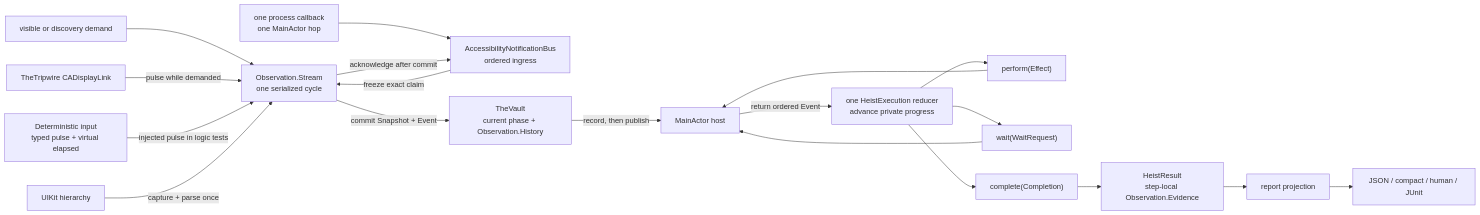
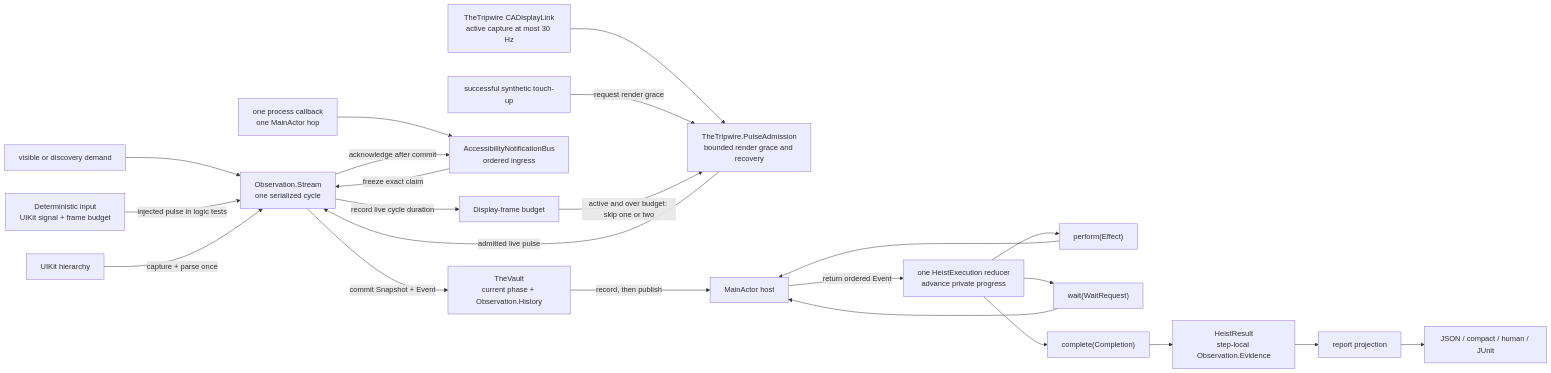
The first of 2 diagrams in docs/diagrams/observation-pipeline.md (TheButtonHeist/TheButtonHeist), drawn with Mermaid before and after one commit. The commit also changed other lines of this file and 34 other files, not shown here.

````diff
--- a/docs/diagrams/observation-pipeline.md
+++ b/docs/diagrams/observation-pipeline.md
@@ -9,21 +9,25 @@
 ```mermaid
 flowchart LR
     Demand["visible or discovery demand"] --> Stream["Observation.Stream<br/>one serialized cycle"]
-    Link["TheTripwire CADisplayLink"] -->|"pulse while demanded"| Stream
-    Script["Deterministic input<br/>typed pulse + virtual elapsed"] -->|"injected pulse in logic tests"| Stream
+    Link["TheTripwire CADisplayLink<br/>active capture at most 30 Hz"] --> Admission["TheTripwire.PulseAdmission<br/>bounded render grace and recovery"]
+    Touch["successful synthetic touch-up"] -->|"request render grace"| Admission
+    Admission -->|"admitted live pulse"| Stream
+    Script["Deterministic input<br/>UIKit signal + frame budget"] -->|"injected pulse in logic tests"| Stream
     Callback["one process callback<br/>one MainActor hop"] --> Notice
     Notice["AccessibilityNotificationBus<br/>ordered ingress"] -->|"freeze exact claim"| Stream
     UIKit["UIKit hierarchy"] -->|"capture + parse once"| Stream
     Stream -->|"commit Snapshot + Event"| Vault["TheVault<br/>current phase + Observation.History"]
     Vault -->|"record, then publish"| Host["MainActor host"]
     Host -->|"return ordered Event"| Execution["one HeistExecution reducer<br/>advance private progress"]
     Execution --> Perform["perform(Effect)"]
     Execution --> Wait["wait(WaitRequest)"]
     Execution --> Complete["complete(Completion)"]
     Perform --> Host
     Wait --> Host
     Complete --> Result["HeistResult<br/>step-local Observation.Evidence"]
     Result --> Report["report projection"]
     Report --> Render["JSON / compact / human / JUnit"]
+    Stream -->|"record live cycle duration"| Budget["Display-frame budget"]
+    Budget -->|"active and over budget: skip one or two"| Admission
     Stream -->|"acknowledge after commit"| Notice
 ```
````
